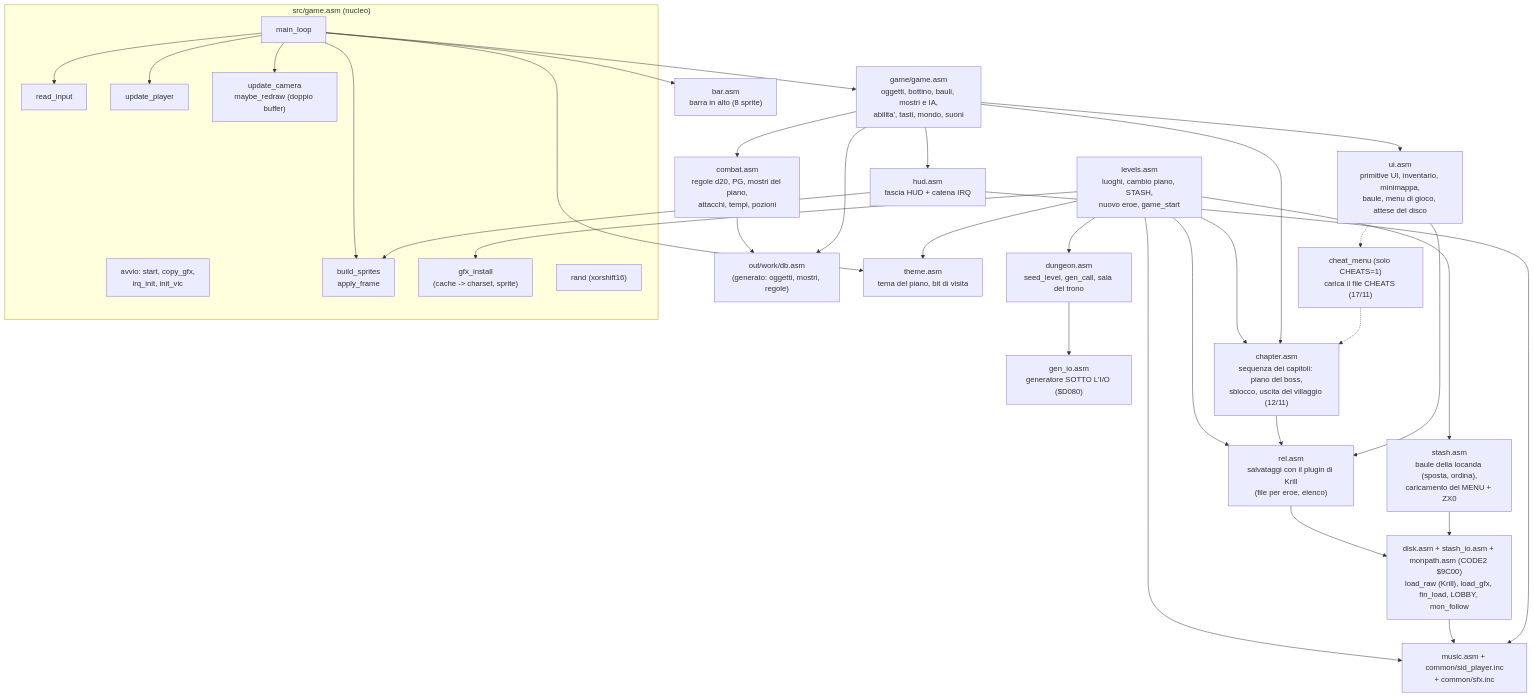
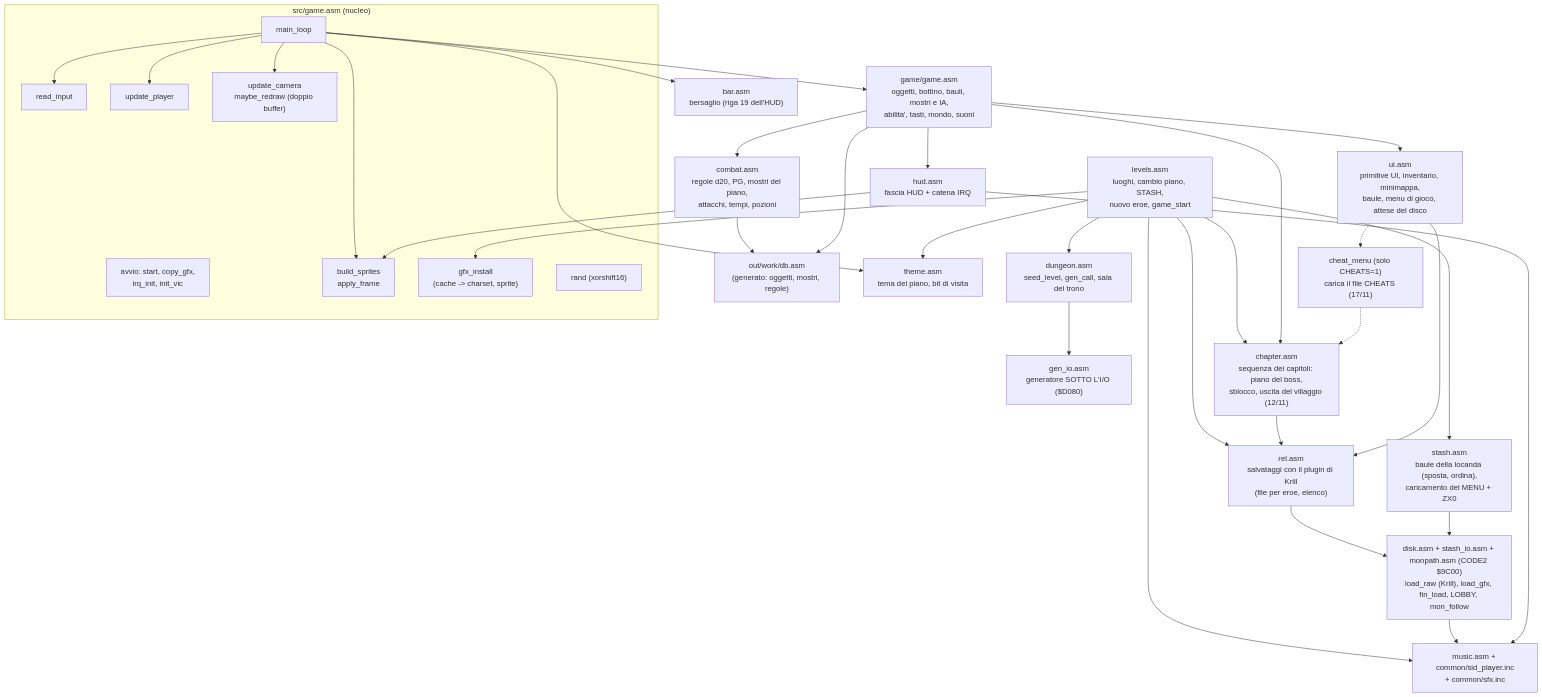
Before and after one commit to caporalesimone/barbarian-the-blood-path: the second of 4 diagrams in docs/wiki/architettura.md, drawn with Mermaid. The commit also changed other lines of this file and 13 other files, not shown here.

First line of the commit message:
Bersaglio nell'HUD in basso: wiki e versione dopo il merge

````diff
--- a/docs/wiki/architettura.md
+++ b/docs/wiki/architettura.md
@@ -76,55 +76,55 @@
 ```mermaid
 flowchart TB
     subgraph CORE["src/game.asm (nucleo)"]
         INIT["avvio: start, copy_gfx,<br/>irq_init, init_vic"]
         LOOP["main_loop"]
         INPUT["read_input"]
         PLAYER["update_player"]
         CAM["update_camera<br/>maybe_redraw (doppio buffer)"]
         SPR["build_sprites<br/>apply_frame"]
         GFXI["gfx_install<br/>(cache -> charset, sprite)"]
         PRNG["rand (xorshift16)"]
     end
     DB["out/work/db.asm<br/>(generato: oggetti, mostri, regole)"]
     DUN["dungeon.asm<br/>seed_level, gen_call, sala del trono"]
     GENIO["gen_io.asm<br/>generatore SOTTO L'I/O ($D080)"]
     GG["game/game.asm<br/>oggetti, bottino, bauli, mostri e IA,<br/>abilita', tasti, mondo, suoni"]
     CB["combat.asm<br/>regole d20, PG, mostri del piano,<br/>attacchi, tempi, pozioni"]
     LV["levels.asm<br/>luoghi, cambio piano, STASH,<br/>nuovo eroe, game_start"]
     UI["ui.asm<br/>primitive UI, inventario, minimappa,<br/>baule, menu di gioco, attese del disco"]
     ST["stash.asm<br/>baule della locanda (sposta, ordina),<br/>caricamento del MENU + ZX0"]
     HUD["hud.asm<br/>fascia HUD + catena IRQ"]
-    BARM["bar.asm<br/>barra in alto (8 sprite)"]
+    BARM["bar.asm<br/>bersaglio (riga 19 dell'HUD)"]
     MUS["music.asm + common/sid_player.inc<br/>+ common/sfx.inc"]
     PF["theme.asm<br/>tema del piano, bit di visita"]
     REL["rel.asm<br/>salvataggi con il plugin di Krill<br/>(file per eroe, elenco)"]
     CHAP["chapter.asm<br/>sequenza dei capitoli: piano del boss,<br/>sblocco, uscita del villaggio (12/11)"]
     CHT["cheat_menu (solo CHEATS=1)<br/>carica il file CHEATS (17/11)"]
     DISK["disk.asm + stash_io.asm + monpath.asm (CODE2 $9C00)<br/>load_raw (Krill), load_gfx, fin_load, LOBBY, mon_follow"]
     LOOP --> INPUT & PLAYER & CAM & SPR
     LOOP --> GG
     LOOP --> PF
     LOOP --> BARM
     GG --> HUD
     GG --> CB
     GG --> UI
     LV --> DUN --> GENIO
     LV --> GFXI
     LV --> MUS
     LV --> REL
     LV --> CHAP
     CHAP --> REL
     GG --> CHAP
     UI -.-> CHT
     CHT -.-> CHAP
     LV --> PF
     LV --> ST
     UI --> REL
     DISK --> MUS
     REL --> DISK
     ST --> DISK
     HUD --> MUS
     HUD --> SPR
     CB --> DB
     GG --> DB
 ```
````
